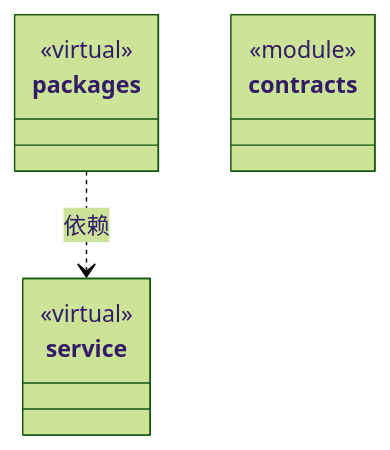
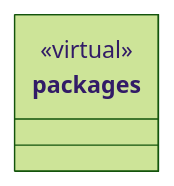
Before and after one commit to nan023062/cbim: the diagram in src/logic/resources/ARCHITECTURE.md, drawn with Mermaid (forest theme). The commit also changed other lines of this file and 480 other files, not shown here.

````diff
--- a/src/logic/resources/ARCHITECTURE.md
+++ b/src/logic/resources/ARCHITECTURE.md
@@ -27,16 +17,7 @@
 ```mermaid
 classDiagram
 class N_b464e2925fe8["packages"] {
   <<virtual>>
 }
 click N_b464e2925fe8 href "packages/ARCHITECTURE.md"
-class N_de06bdd28d8f["service"] {
-  <<virtual>>
-}
-click N_de06bdd28d8f href "service/ARCHITECTURE.md"
-class N_a003f4cead92["contracts"] {
-  <<module>>
-}
-click N_a003f4cead92 href "contracts.ts"
-N_b464e2925fe8 ..> N_de06bdd28d8f : 依赖
 ```
````
